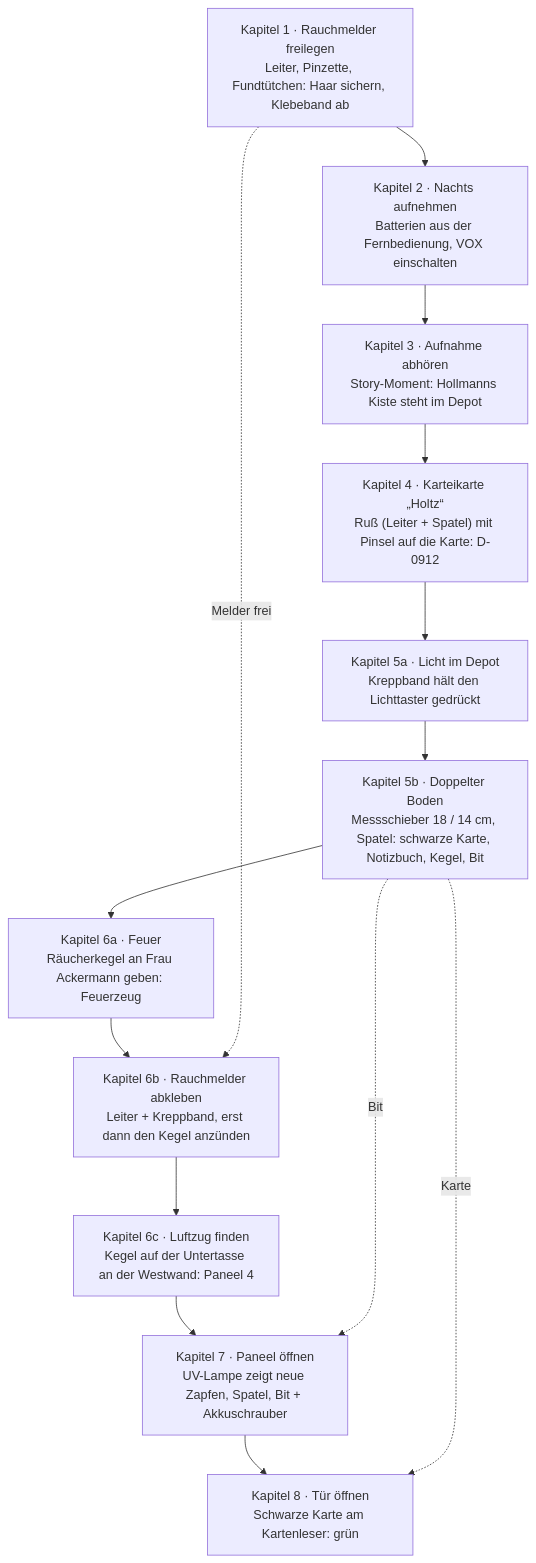
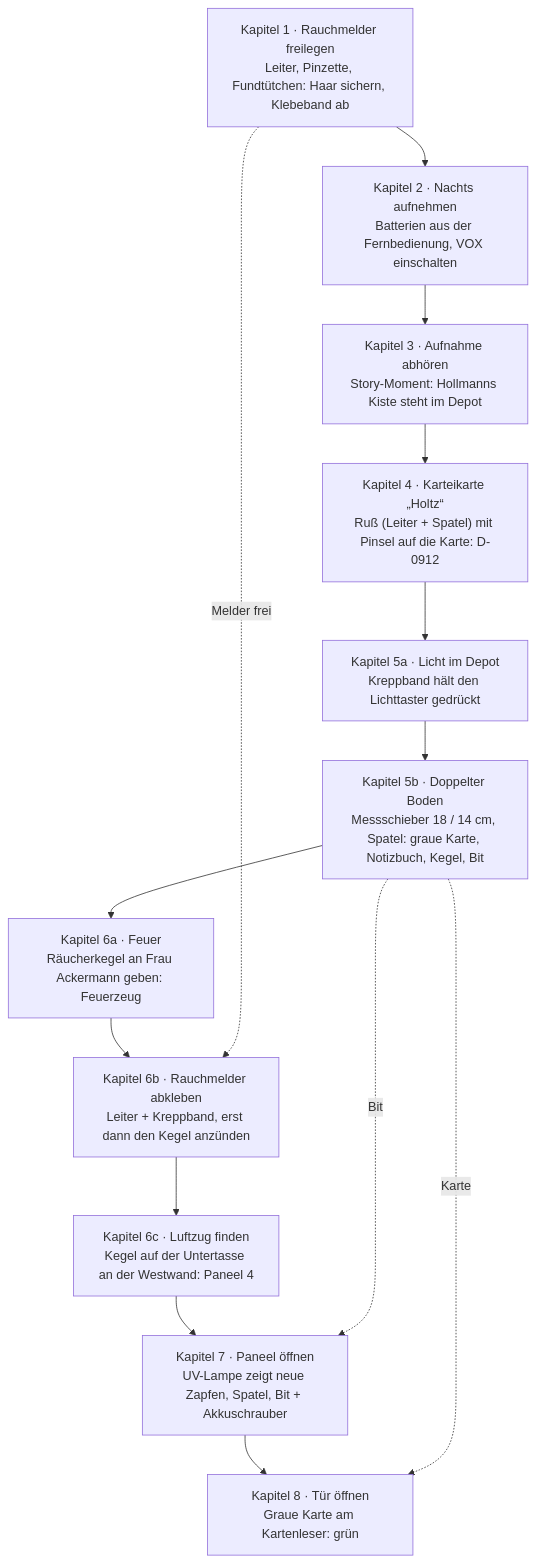
One commit to StefanMenne/kyphi changed the diagram in concept/museum.md. Above: the diagram before and after it, drawn with Mermaid. The commit also changed other lines of this file, not shown here.

````diff
--- a/concept/museum.md
+++ b/concept/museum.md
@@ -323,19 +323,19 @@
 ```mermaid
 flowchart TD
     K1["Kapitel 1 · Rauchmelder freilegen<br/>Leiter, Pinzette, Fundtütchen: Haar sichern, Klebeband ab"]
     K2["Kapitel 2 · Nachts aufnehmen<br/>Batterien aus der Fernbedienung, VOX einschalten"]
     K3["Kapitel 3 · Aufnahme abhören<br/>Story-Moment: Hollmanns Kiste steht im Depot"]
     K4["Kapitel 4 · Karteikarte „Holtz“<br/>Ruß (Leiter + Spatel) mit Pinsel auf die Karte: D-0912"]
     K5a["Kapitel 5a · Licht im Depot<br/>Kreppband hält den Lichttaster gedrückt"]
-    K5b["Kapitel 5b · Doppelter Boden<br/>Messschieber 18 / 14 cm, Spatel: schwarze Karte, Notizbuch, Kegel, Bit"]
+    K5b["Kapitel 5b · Doppelter Boden<br/>Messschieber 18 / 14 cm, Spatel: graue Karte, Notizbuch, Kegel, Bit"]
     K6a["Kapitel 6a · Feuer<br/>Räucherkegel an Frau Ackermann geben: Feuerzeug"]
     K6b["Kapitel 6b · Rauchmelder abkleben<br/>Leiter + Kreppband, erst dann den Kegel anzünden"]
     K6c["Kapitel 6c · Luftzug finden<br/>Kegel auf der Untertasse an der Westwand: Paneel 4"]
     K7["Kapitel 7 · Paneel öffnen<br/>UV-Lampe zeigt neue Zapfen, Spatel, Bit + Akkuschrauber"]
-    K8["Kapitel 8 · Tür öffnen<br/>Schwarze Karte am Kartenleser: grün"]
+    K8["Kapitel 8 · Tür öffnen<br/>Graue Karte am Kartenleser: grün"]
 
     K1 --> K2 --> K3 --> K4 --> K5a --> K5b --> K6a --> K6b --> K6c --> K7 --> K8
     K1 -. Melder frei .-> K6b
     K5b -. Bit .-> K7
     K5b -. Karte .-> K8
 ```
````
